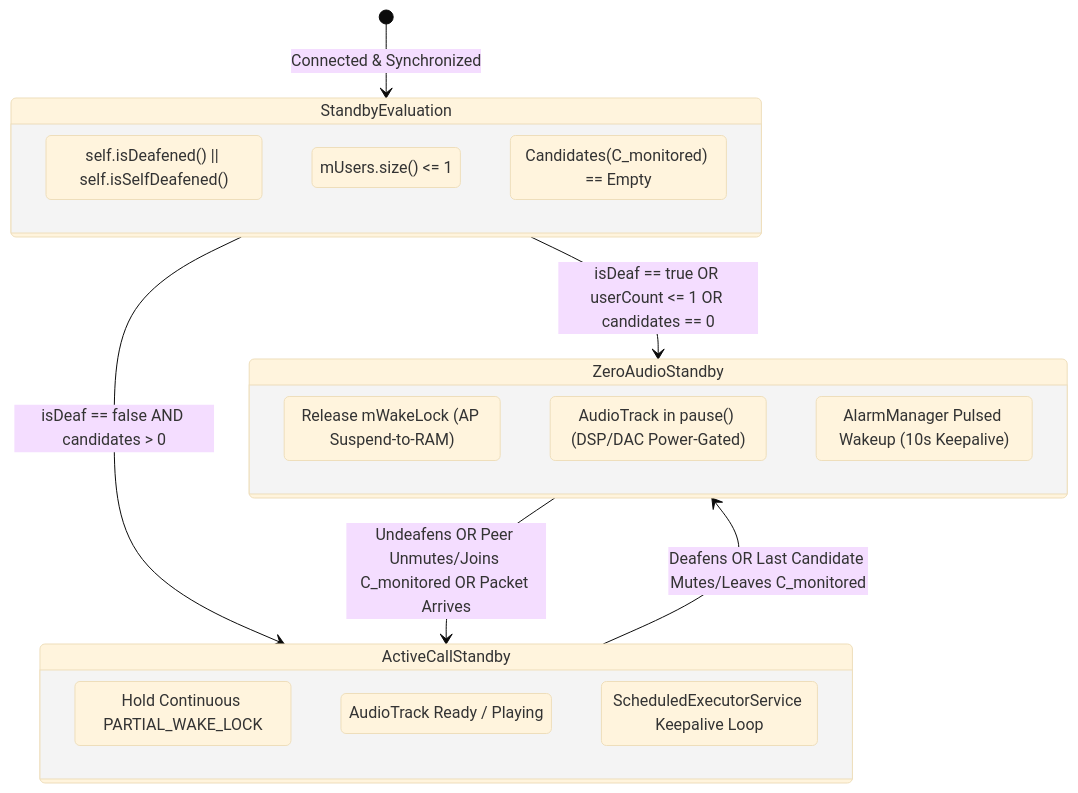
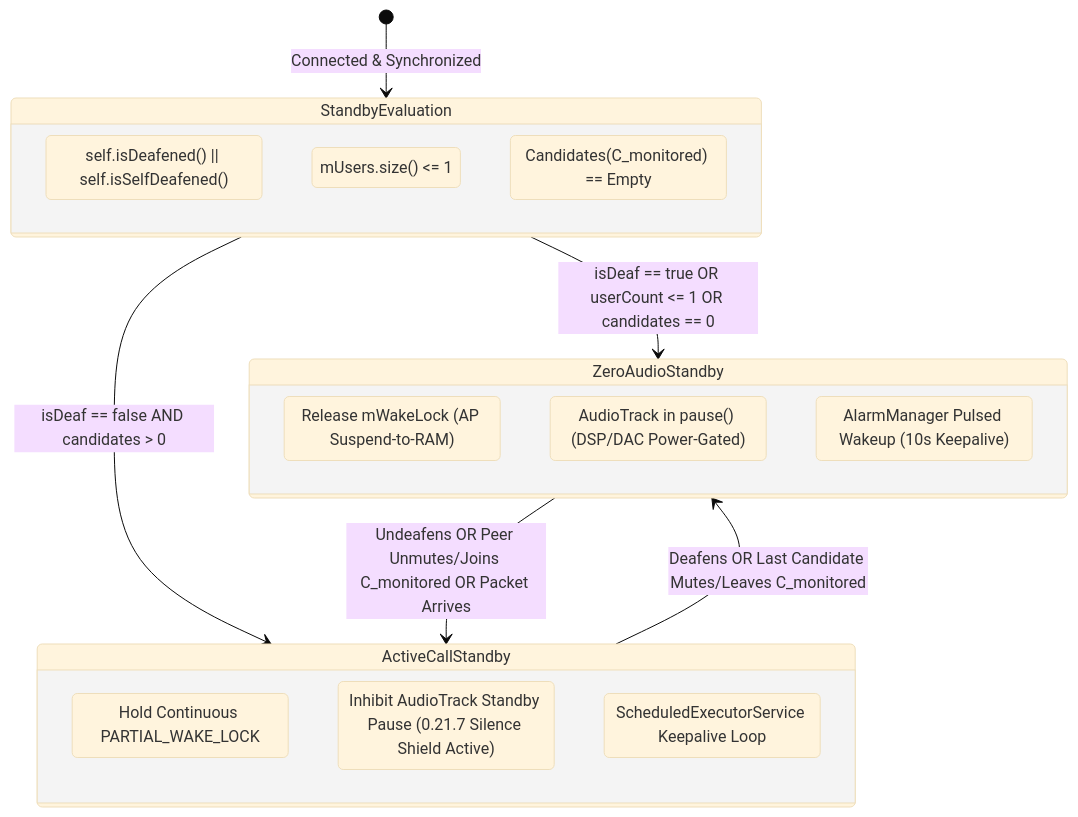
One commit to 360ied/mumla-oled changed the diagram in docs/power-draw-optimizations/wakelock-remediation-lite.md. Above: the diagram before and after it, drawn with Mermaid (base theme). The commit also changed other lines of this file, not shown here.

````diff
--- a/docs/power-draw-optimizations/wakelock-remediation-lite.md
+++ b/docs/power-draw-optimizations/wakelock-remediation-lite.md
@@ -161,28 +162,28 @@
 ```mermaid
 stateDiagram-v2
     [*] --> StandbyEvaluation: Connected & Synchronized
 
     state StandbyEvaluation {
         CheckDeaf: self.isDeafened() || self.isSelfDeafened()
         CheckCount: mUsers.size() <= 1
         CheckQuiet: Candidates(C_monitored) == Empty
     }
 
     StandbyEvaluation --> ZeroAudioStandby: isDeaf == true OR userCount <= 1 OR candidates == 0
     StandbyEvaluation --> ActiveCallStandby: isDeaf == false AND candidates > 0
 
     state ZeroAudioStandby {
         ReleaseWakelock: Release mWakeLock (AP Suspend-to-RAM)
         AudioTrackPaused: AudioTrack in pause() (DSP/DAC Power-Gated)
         ScheduleAlarm: AlarmManager Pulsed Wakeup (10s Keepalive)
     }
 
     state ActiveCallStandby {
         HoldWakelock: Hold Continuous PARTIAL_WAKE_LOCK
-        ReadyAudio: AudioTrack Ready / Playing
+        InhibitPause: Inhibit AudioTrack Standby Pause (0.21.7 Silence Shield Active)
         InternalPacing: ScheduledExecutorService Keepalive Loop
     }
 
     ZeroAudioStandby --> ActiveCallStandby: Undeafens OR Peer Unmutes/Joins C_monitored OR Packet Arrives
     ActiveCallStandby --> ZeroAudioStandby: Deafens OR Last Candidate Mutes/Leaves C_monitored
 ```
````
